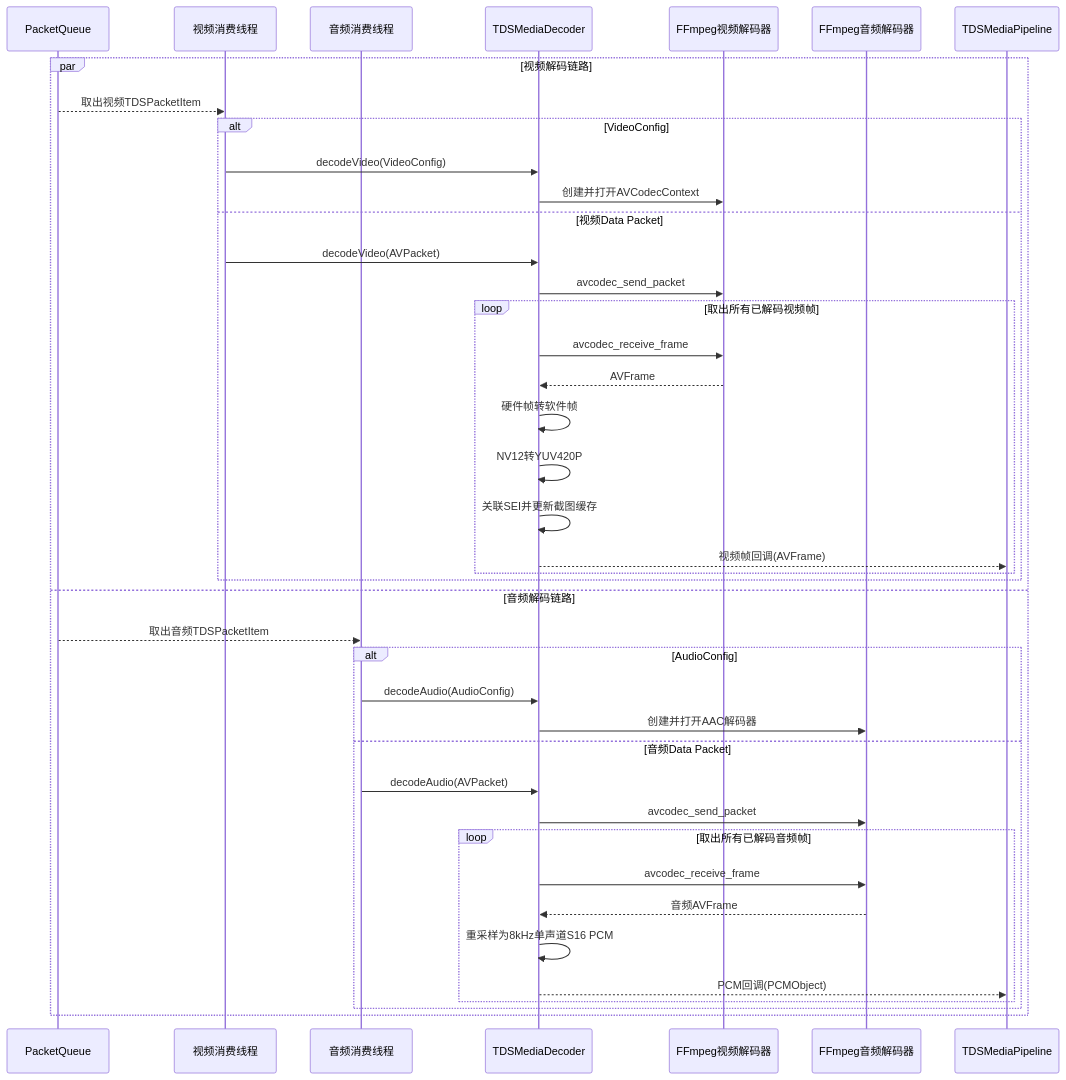
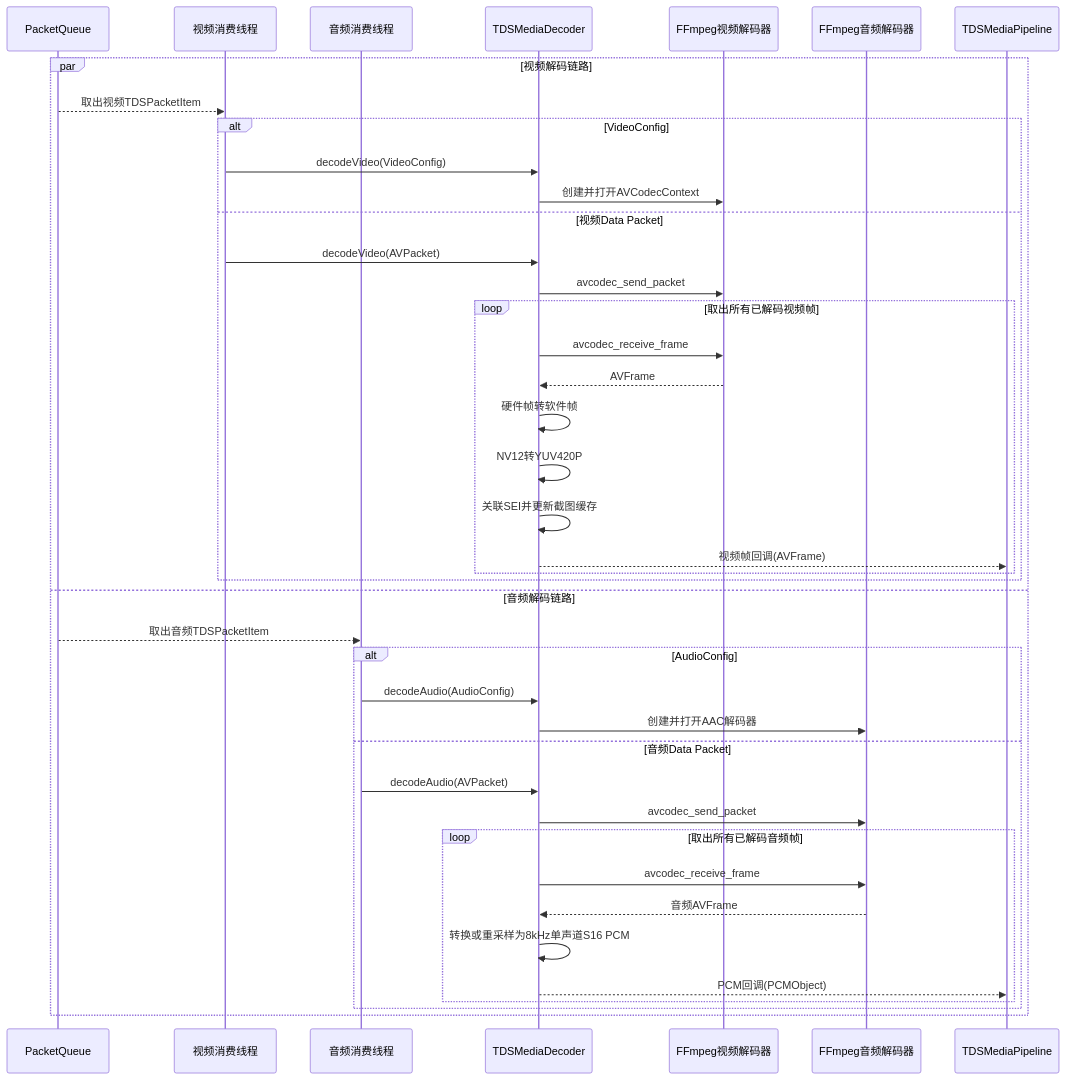
The seventh of 9 diagrams in Tenda-安防/Blog/安防腾讯设备直播流程解析.md (zhoujiedetian/Blogs), drawn with Mermaid before and after one commit. The commit also changed other lines of this file, not shown here.

````diff
--- a/Tenda-安防/Blog/安防腾讯设备直播流程解析.md
+++ b/Tenda-安防/Blog/安防腾讯设备直播流程解析.md
@@ -408,47 +823,47 @@
 ```mermaid
 sequenceDiagram
     participant Queue as PacketQueue
     participant VideoThread as 视频消费线程
     participant AudioThread as 音频消费线程
     participant Decoder as TDSMediaDecoder
     participant VideoFFmpeg as FFmpeg视频解码器
     participant AudioFFmpeg as FFmpeg音频解码器
     participant Pipeline as TDSMediaPipeline
 
     par 视频解码链路
         Queue-->>VideoThread: 取出视频TDSPacketItem
         alt VideoConfig
             VideoThread->>Decoder: decodeVideo(VideoConfig)
             Decoder->>VideoFFmpeg: 创建并打开AVCodecContext
         else 视频Data Packet
             VideoThread->>Decoder: decodeVideo(AVPacket)
             Decoder->>VideoFFmpeg: avcodec_send_packet
 
             loop 取出所有已解码视频帧
                 Decoder->>VideoFFmpeg: avcodec_receive_frame
                 VideoFFmpeg-->>Decoder: AVFrame
                 Decoder->>Decoder: 硬件帧转软件帧
                 Decoder->>Decoder: NV12转YUV420P
                 Decoder->>Decoder: 关联SEI并更新截图缓存
                 Decoder-->>Pipeline: 视频帧回调(AVFrame)
             end
         end
 
     and 音频解码链路
         Queue-->>AudioThread: 取出音频TDSPacketItem
         alt AudioConfig
             AudioThread->>Decoder: decodeAudio(AudioConfig)
             Decoder->>AudioFFmpeg: 创建并打开AAC解码器
         else 音频Data Packet
             AudioThread->>Decoder: decodeAudio(AVPacket)
             Decoder->>AudioFFmpeg: avcodec_send_packet
 
             loop 取出所有已解码音频帧
                 Decoder->>AudioFFmpeg: avcodec_receive_frame
                 AudioFFmpeg-->>Decoder: 音频AVFrame
-                Decoder->>Decoder: 重采样为8kHz单声道S16 PCM
+                Decoder->>Decoder: 转换或重采样为8kHz单声道S16 PCM
                 Decoder-->>Pipeline: PCM回调(PCMObject)
             end
         end
     end
 ```
````
